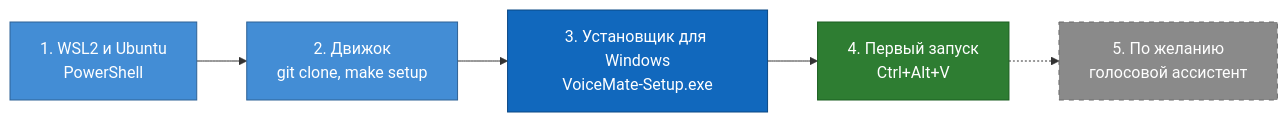
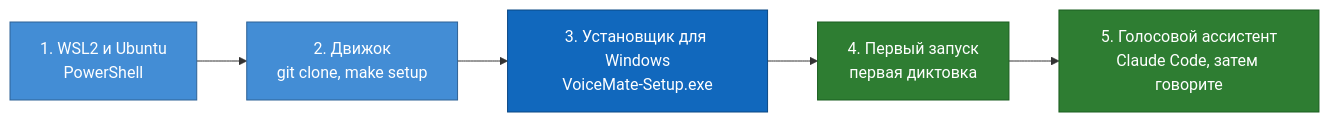
The diagram in docs/install-guide.ru.md (nano-br/voice-mate), drawn with Mermaid before and after one commit. The commit also changed other lines of this file and 29 other files, not shown here.

````diff
--- a/docs/install-guide.ru.md
+++ b/docs/install-guide.ru.md
@@ -13,16 +13,14 @@
 ```mermaid
 flowchart LR
     s1["1. WSL2 и Ubuntu<br/>PowerShell"] --> s2["2. Движок<br/>git clone, make setup"]
     s2 --> s3["3. Установщик для Windows<br/>VoiceMate-Setup.exe"]
-    s3 --> s4["4. Первый запуск<br/>Ctrl+Alt+V"]
-    s4 -.-> s5["5. По желанию<br/>голосовой ассистент"]
+    s3 --> s4["4. Первый запуск<br/>первая диктовка"]
+    s4 --> s5["5. Голосовой ассистент<br/>Claude Code, затем говорите"]
 
     classDef system fill:#1168bd,stroke:#0b4884,color:#ffffff
     classDef container fill:#438dd5,stroke:#2e6295,color:#ffffff
     classDef ok fill:#2e7d32,stroke:#1b5e20,color:#ffffff
-    classDef optional fill:#8a8a8a,stroke:#6b6b6b,color:#ffffff,stroke-dasharray:5 5
     class s1,s2 container
     class s3 system
-    class s4 ok
-    class s5 optional
+    class s4,s5 ok
 ```
````
